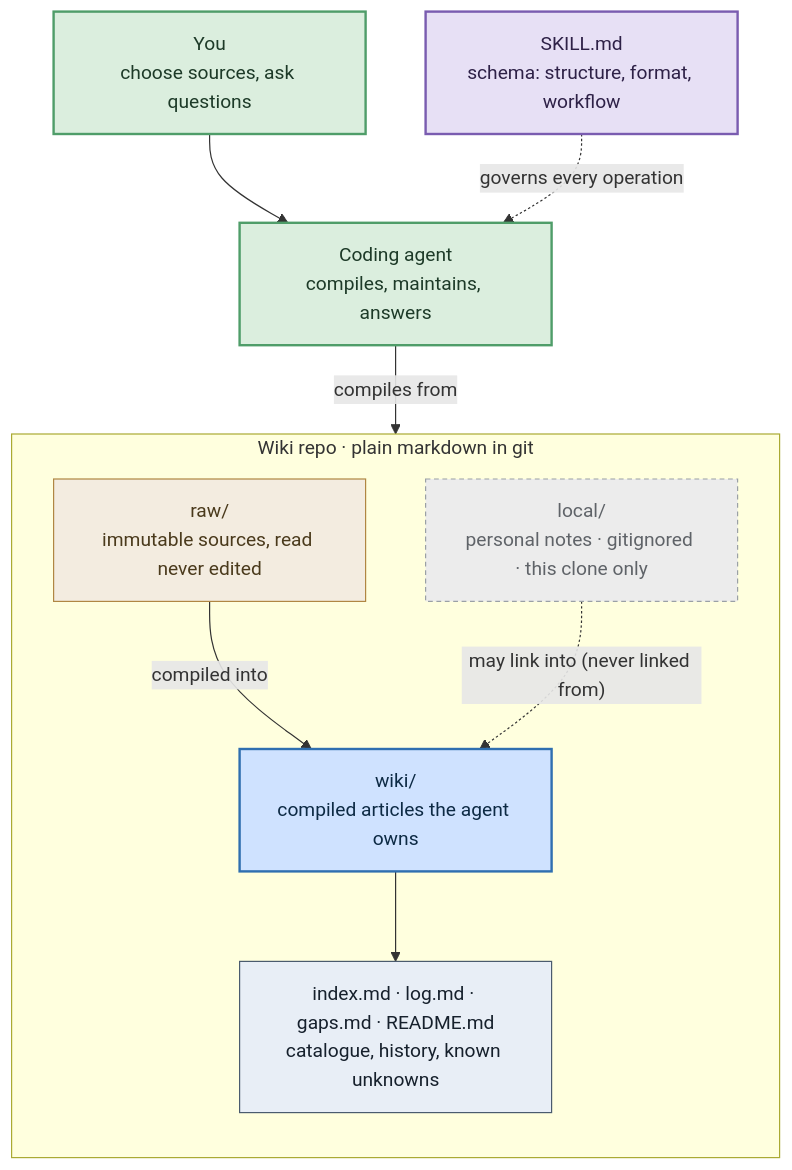
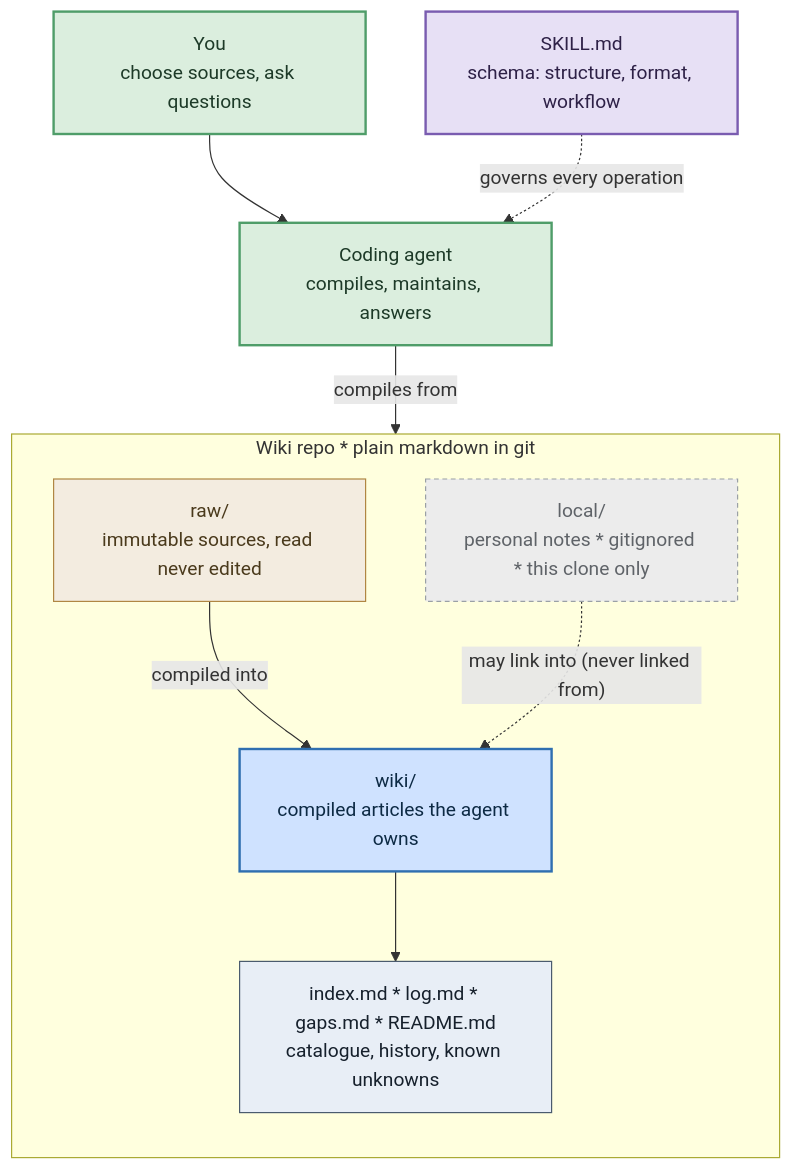
The first of 4 diagrams in Skills/llm-wiki/README.md (sammcj/agentic-coding), drawn with Mermaid before and after one commit. The commit also changed other lines of this file and 14 other files, not shown here.

````diff
--- a/Skills/llm-wiki/README.md
+++ b/Skills/llm-wiki/README.md
@@ -35,29 +35,29 @@
 ```mermaid
 %%{init: {'flowchart': {'curve': 'basis'}, 'themeVariables': {'fontFamily': 'ui-sans-serif, system-ui, sans-serif'}}}%%
 flowchart TB
     you["You<br/>choose sources, ask questions"]:::actor
     agent["Coding agent<br/>compiles, maintains, answers"]:::actor
     skill["SKILL.md<br/>schema: structure, format, workflow"]:::schema
 
-    subgraph repo["Wiki repo · plain markdown in git"]
+    subgraph repo["Wiki repo * plain markdown in git"]
         direction TB
         raw["raw/<br/>immutable sources, read never edited"]:::raw
         wiki["wiki/<br/>compiled articles the agent owns"]:::wiki
-        special["index.md · log.md · gaps.md · README.md<br/>catalogue, history, known unknowns"]:::special
-        local["local/<br/>personal notes · gitignored · this clone only"]:::local
+        special["index.md * log.md * gaps.md * README.md<br/>catalogue, history, known unknowns"]:::special
+        local["local/<br/>personal notes * gitignored * this clone only"]:::local
     end
 
     you --> agent
     skill -. "governs every operation" .-> agent
     agent -->|"compiles from"| raw
     raw -->|"compiled into"| wiki
     wiki --> special
     local -. "may link into (never linked from)" .-> wiki
 
     classDef actor   fill:#dbeede,stroke:#4f9d69,stroke-width:2px,color:#1d3a28;
     classDef schema  fill:#e7e0f5,stroke:#7a5cb0,stroke-width:2px,color:#2e2147;
     classDef raw     fill:#f3ece0,stroke:#b08642,color:#4a3a1c;
     classDef wiki    fill:#cfe2ff,stroke:#2f6fb0,stroke-width:2px,color:#0d2a44;
     classDef special fill:#e8eef6,stroke:#4a5b6e,color:#16202c;
     classDef local   fill:#ececec,stroke:#9aa0a6,stroke-dasharray:4 3,color:#5f6368;
 ```
````
